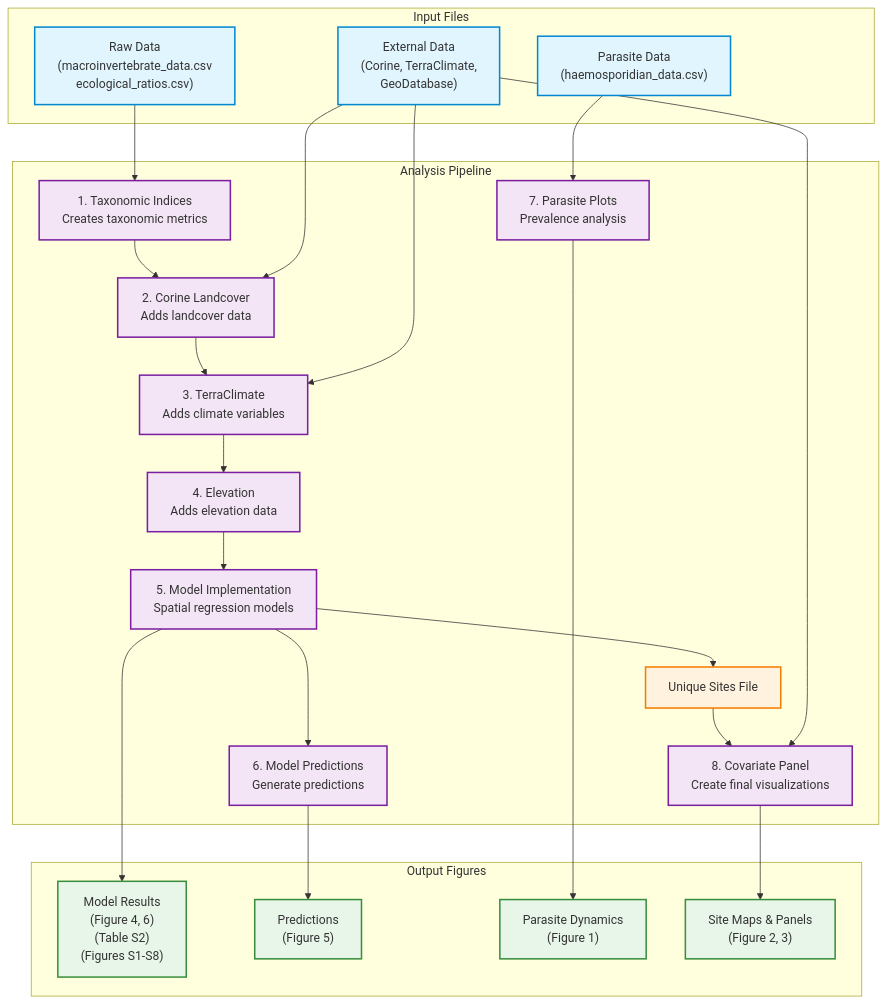
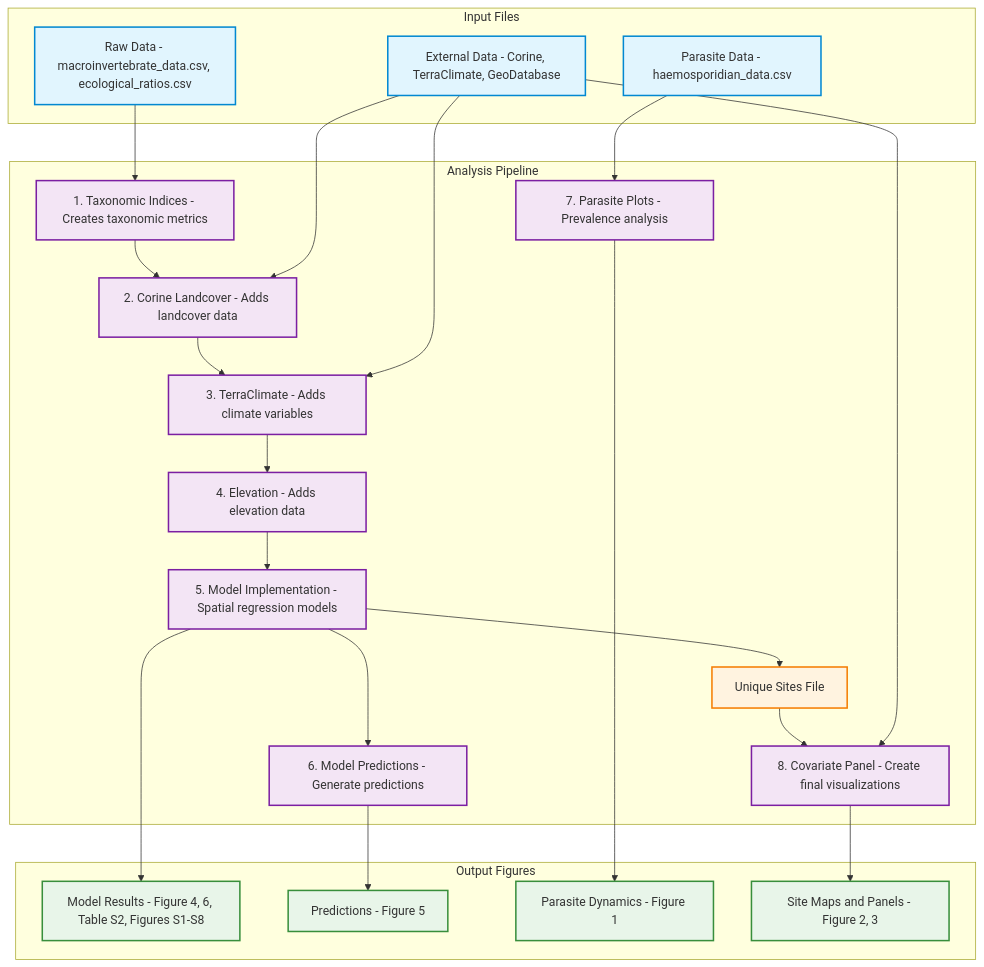
Before and after one commit to HeeeyNathan/Predicting_vector_abundance_in_Lithuania: the diagram in README.md, drawn with Mermaid.

Commit message:
updated read.me again

````diff
--- a/README.md
+++ b/README.md
@@ -123,41 +123,41 @@
 ```mermaid
 graph TD
     subgraph Input Files
-        R["Raw Data<br/>(macroinvertebrate_data.csv<br/>ecological_ratios.csv)"]
-        P["Parasite Data<br/>(haemosporidian_data.csv)"]
-        E["External Data<br/>(Corine, TerraClimate,<br/>GeoDatabase)"]
+        R[Raw Data - macroinvertebrate_data.csv, ecological_ratios.csv]
+        P[Parasite Data - haemosporidian_data.csv]
+        E[External Data - Corine, TerraClimate, GeoDatabase]
     end
     
     subgraph Analysis Pipeline
-        R --> S1[1. Taxonomic Indices<br/>Creates taxonomic metrics]
-        S1 --> S2[2. Corine Landcover<br/>Adds landcover data]
+        R --> S1[1. Taxonomic Indices - Creates taxonomic metrics]
+        S1 --> S2[2. Corine Landcover - Adds landcover data]
         E --> S2
-        S2 --> S3[3. TerraClimate<br/>Adds climate variables]
+        S2 --> S3[3. TerraClimate - Adds climate variables]
         E --> S3
-        S3 --> S4[4. Elevation<br/>Adds elevation data]
-        S4 --> S5[5. Model Implementation<br/>Spatial regression models]
-        S5 --> S6[6. Model Predictions<br/>Generate predictions]
+        S3 --> S4[4. Elevation - Adds elevation data]
+        S4 --> S5[5. Model Implementation - Spatial regression models]
+        S5 --> S6[6. Model Predictions - Generate predictions]
         S5 --> Sites[Unique Sites File]
-        Sites --> S8[8. Covariate Panel<br/>Create final visualizations]
+        Sites --> S8[8. Covariate Panel - Create final visualizations]
         E --> S8
-        P --> S7[7. Parasite Plots<br/>Prevalence analysis]
+        P --> S7[7. Parasite Plots - Prevalence analysis]
     end
     
     subgraph Output Figures
-        S5 --> O1["Model Results<br/>(Figure 4, 6)<br/>(Table S2)<br/>(Figures S1-S8)"]
-        S6 --> O2["Predictions<br/>(Figure 5)"]
-        S7 --> O3["Parasite Dynamics<br/>(Figure 1)"]
-        S8 --> O4["Site Maps & Panels<br/>(Figure 2, 3)"]
+        S5 --> O1[Model Results - Figure 4, 6, Table S2, Figures S1-S8]
+        S6 --> O2[Predictions - Figure 5]
+        S7 --> O3[Parasite Dynamics - Figure 1]
+        S8 --> O4[Site Maps and Panels - Figure 2, 3]
     end
     
     %% Styling
     classDef input fill:#e1f5fe,stroke:#0288d1,stroke-width:2px;
     classDef script fill:#f3e5f5,stroke:#7b1fa2,stroke-width:2px;
     classDef output fill:#e8f5e9,stroke:#388e3c,stroke-width:2px;
     classDef intermediate fill:#fff3e0,stroke:#f57c00,stroke-width:2px;
     
     class R,P,E input;
     class S1,S2,S3,S4,S5,S6,S7,S8 script;
     class O1,O2,O3,O4 output;
     class Sites intermediate;
 ```
````
